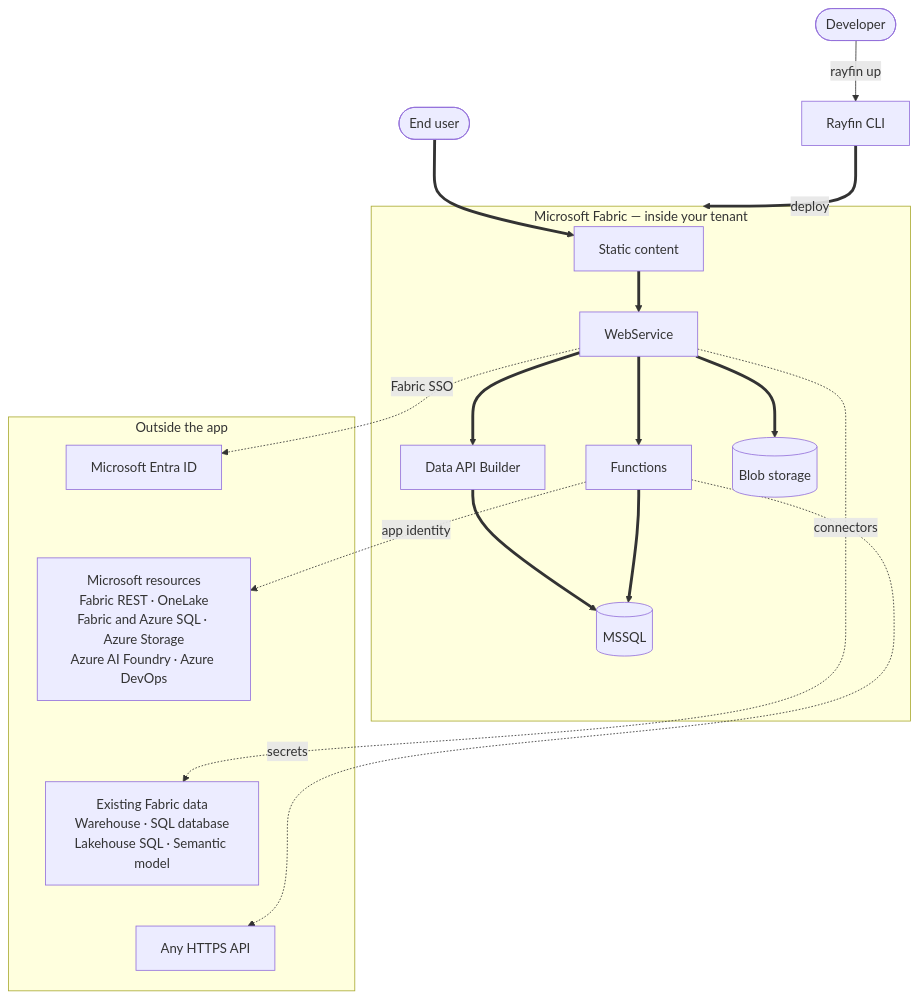
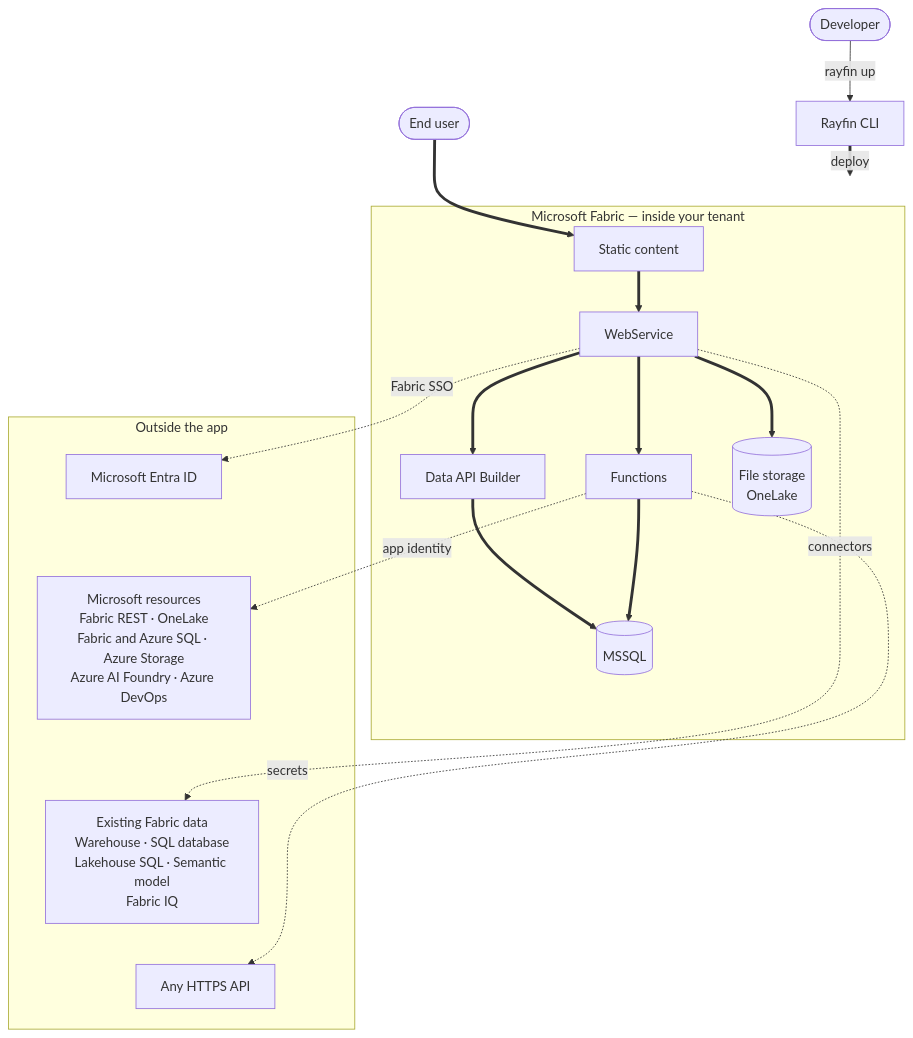
The diagram in content/docs/index.mdx (spatney/rayfin-docs), drawn with Mermaid before and after one commit. The commit also changed other lines of this file and 108 other files, not shown here.

````diff
--- a/content/docs/index.mdx
+++ b/content/docs/index.mdx
@@ -59,39 +60,38 @@
 ```mermaid
 flowchart TB
   Dev(["Developer"]) -->|"rayfin up"| CLI["Rayfin CLI"]
   CLI ==>|"deploy"| Fabric
   User(["End user"]) ==> Static
 
   subgraph Fabric["Microsoft Fabric — inside your tenant"]
     Static["Static content"]
     Web["WebService"]
     DataApi["Data API Builder"]
     Fn["Functions"]
-    Blob[("Blob storage")]
+    Blob[("File storage<br/>OneLake")]
     MSSQL[("MSSQL")]
   end
 
   subgraph Outside["Outside the app"]
     Entra["Microsoft Entra ID"]
     MSRes["Microsoft resources<br/>Fabric REST · OneLake<br/>Fabric and Azure SQL · Azure Storage<br/>Azure AI Foundry · Azure DevOps"]
-    Sources["Existing Fabric data<br/>Warehouse · SQL database<br/>Lakehouse SQL · Semantic model"]
+    Sources["Existing Fabric data<br/>Warehouse · SQL database<br/>Lakehouse SQL · Semantic model<br/>Fabric IQ"]
     AnyApi["Any HTTPS API"]
     Entra ~~~ MSRes ~~~ Sources ~~~ AnyApi
   end
 
   Static ==> Web
   Web ==> DataApi ==> MSSQL
   Web ==> Fn
   Fn ==> MSSQL
   Web ==> Blob
   Web -.->|"Fabric SSO"| Entra
   Web -.->|"connectors"| Sources
   Fn -.->|"app identity"| MSRes
   Fn -.->|"secrets"| AnyApi
 
   class Dev,User actor
   class CLI,Static,Web,DataApi,Fn service
-  class MSSQL store
-  class Blob experimental
+  class MSSQL,Blob store
   class Entra,MSRes,Sources,AnyApi external
 ```
````
